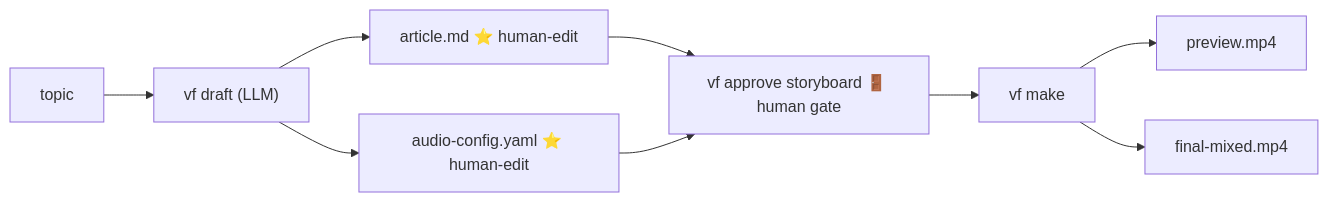
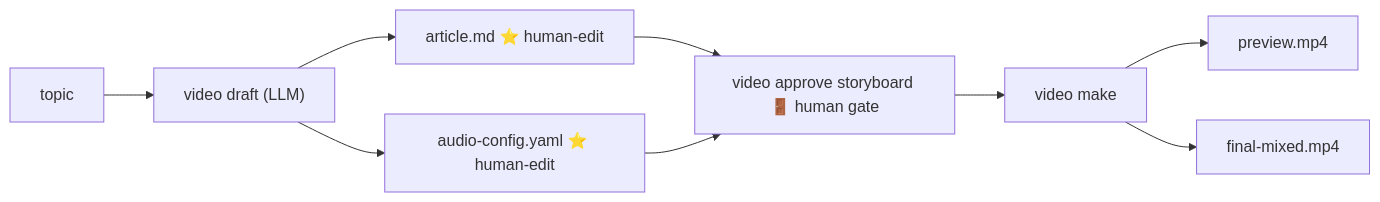
Before and after one commit to huangjien/ai-video-factory: the first of 2 diagrams in docs/INSTALLATION_AND_USAGE.md, drawn with Mermaid. The commit also changed other lines of this file and 177 other files, not shown here.

````diff
--- a/docs/INSTALLATION_AND_USAGE.md
+++ b/docs/INSTALLATION_AND_USAGE.md
@@ -49,11 +49,11 @@
 ```mermaid
 flowchart LR
-    topic[topic] --> vfDraft["vf draft (LLM)"]
-    vfDraft --> articleMD["article.md ⭐ human-edit"]
-    vfDraft --> audioConfig["audio-config.yaml ⭐ human-edit"]
-    articleMD --> vfApprove["vf approve storyboard 🚪 human gate"]
-    audioConfig --> vfApprove
-    vfApprove --> vfMake["vf make"]
-    vfMake --> previewMp4[preview.mp4]
-    vfMake --> finalMixedMp4["final-mixed.mp4"]
+    topic[topic] --> videoDraft["video draft (LLM)"]
+    videoDraft --> articleMD["article.md ⭐ human-edit"]
+    videoDraft --> audioConfig["audio-config.yaml ⭐ human-edit"]
+    articleMD --> videoApprove["video approve storyboard 🚪 human gate"]
+    audioConfig --> videoApprove
+    videoApprove --> videoMake["video make"]
+    videoMake --> previewMp4[preview.mp4]
+    videoMake --> finalMixedMp4["final-mixed.mp4"]
 ```
````
